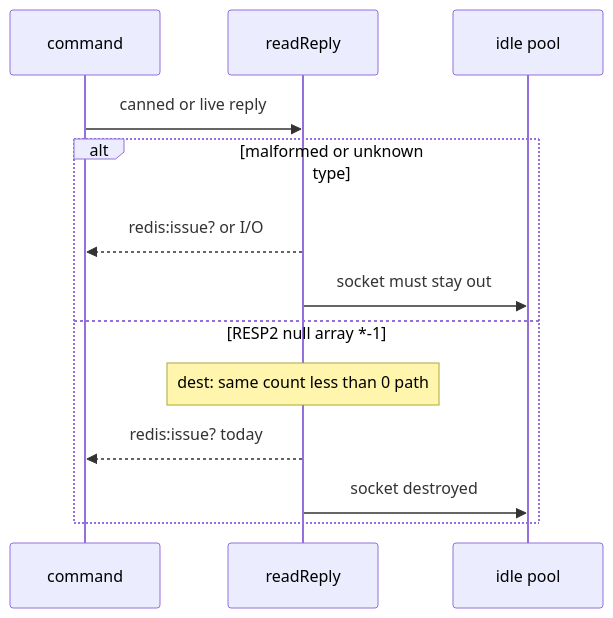
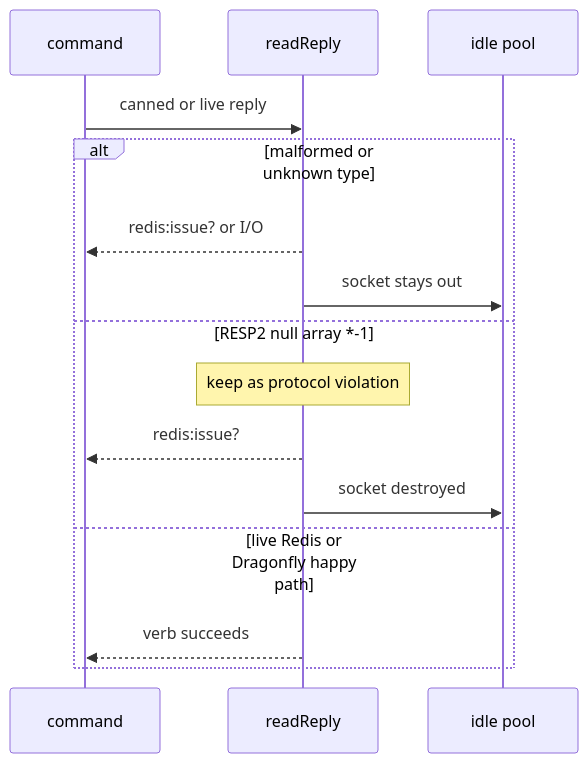
One commit to david-garcia-garcia/traefik-middleware-utilities changed the diagram in devstate/2026/09/2026-09-11-simpleredis-test-06-malformed-reply/card.md. Above: the diagram before and after it, drawn with Mermaid. The commit also changed other lines of this file and 2 other files, not shown here.

````diff
--- a/devstate/2026/09/2026-09-11-simpleredis-test-06-malformed-reply/card.md
+++ b/devstate/2026/09/2026-09-11-simpleredis-test-06-malformed-reply/card.md
@@ -17,15 +17,17 @@
 ```mermaid
 sequenceDiagram
   participant Cmd as command
   participant Reply as readReply
   participant Idle as idle pool
   Cmd->>Reply: canned or live reply
   alt malformed or unknown type
     Reply-->>Cmd: redis:issue? or I/O
-    Reply->>Idle: socket must stay out
+    Reply->>Idle: socket stays out
   else RESP2 null array *-1
-    Note over Reply: dest: same count less than 0 path
-    Reply-->>Cmd: redis:issue? today
+    Note over Reply: keep as protocol violation
+    Reply-->>Cmd: redis:issue?
     Reply->>Idle: socket destroyed
+  else live Redis or Dragonfly happy path
+    Reply-->>Cmd: verb succeeds
   end
 ```
````
